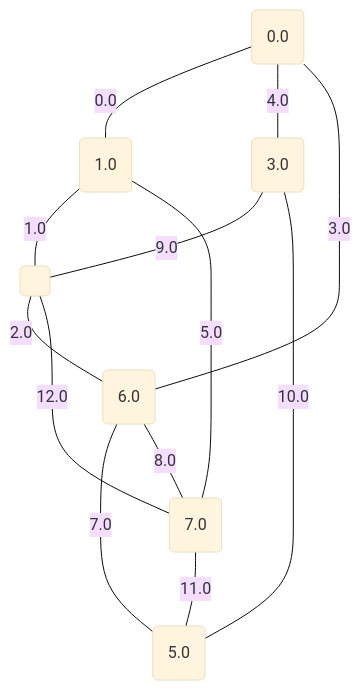
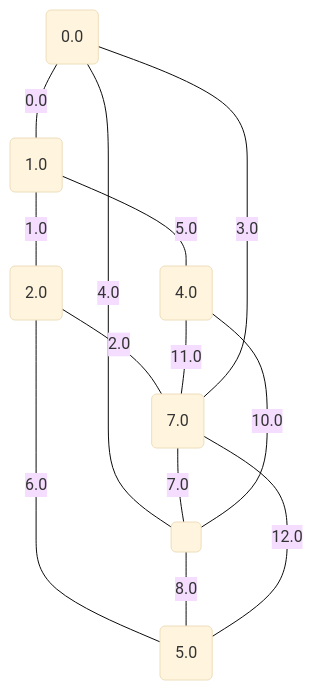
Before and after one commit to metury/graphs: the seventh of 17 diagrams in project/src/testing/minCutPetersen.md, drawn with Mermaid (base theme). The commit also changed other lines of this file and 27 other files, not shown here.

````diff
--- a/project/src/testing/minCutPetersen.md
+++ b/project/src/testing/minCutPetersen.md
@@ -191,22 +191,22 @@
 ```mermaid
 graph TD;
 0("0.0");
 1("1.0");
-2("3.0");
-3("5.0");
-4("6.0");
+2("2.0");
+3("4.0");
+4("5.0");
 5("7.0");
 6(" ");
 	0 -- "0.0" --- 1;
-	1 -- "1.0" --- 6;
-	6 -- "2.0" --- 4;
-	4 -- "3.0" --- 0;
-	0 -- "4.0" --- 2;
-	1 -- "5.0" --- 5;
-	4 -- "7.0" --- 3;
-	4 -- "8.0" --- 5;
-	2 -- "9.0" --- 6;
-	2 -- "10.0" --- 3;
-	5 -- "11.0" --- 3;
-	6 -- "12.0" --- 5;
+	1 -- "1.0" --- 2;
+	2 -- "2.0" --- 5;
+	5 -- "3.0" --- 0;
+	0 -- "4.0" --- 6;
+	1 -- "5.0" --- 3;
+	2 -- "6.0" --- 4;
+	5 -- "7.0" --- 6;
+	6 -- "8.0" --- 4;
+	3 -- "10.0" --- 6;
+	3 -- "11.0" --- 5;
+	4 -- "12.0" --- 5;
 ```
````
